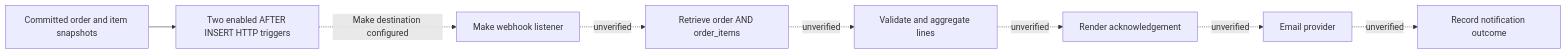
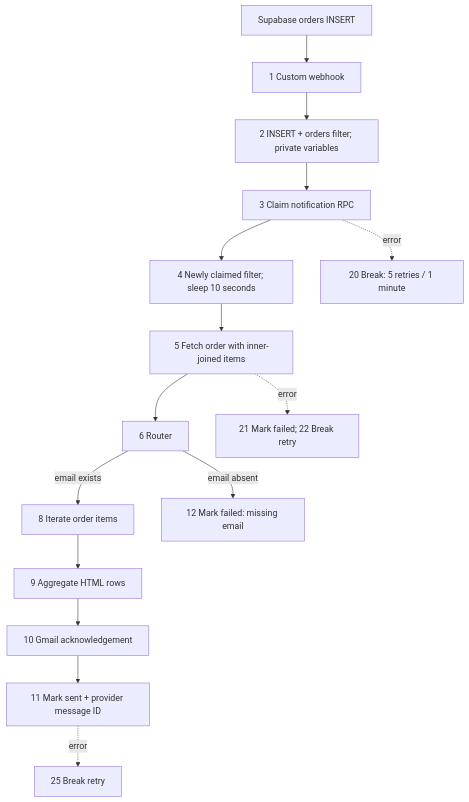
One commit to reedahadedayo-ux/glow-lab changed the diagram in docs/workflows.md. Above: the diagram before and after it, drawn with Mermaid. The commit also changed other lines of this file and 31 other files, not shown here.

````diff
--- a/docs/workflows.md
+++ b/docs/workflows.md
@@ -31,10 +15,17 @@
 ```mermaid
-flowchart LR
-    A[Committed order and item snapshots] --> B[Two enabled AFTER INSERT HTTP triggers]
-    B -. Make destination configured .-> C[Make webhook listener]
-    C -. unverified .-> D[Retrieve order AND order_items]
-    D -. unverified .-> E[Validate and aggregate lines]
-    E -. unverified .-> F[Render acknowledgement]
-    F -. unverified .-> G[Email provider]
-    G -. unverified .-> H[Record notification outcome]
+flowchart TD
+    DB[Supabase orders INSERT] --> H[1 Custom webhook]
+    H --> F[2 INSERT + orders filter; private variables]
+    F --> C[3 Claim notification RPC]
+    C --> D[4 Newly claimed filter; sleep 10 seconds]
+    D --> Q[5 Fetch order with inner-joined items]
+    Q --> R[6 Router]
+    R -->|email exists| I[8 Iterate order items]
+    I --> A[9 Aggregate HTML rows]
+    A --> E[10 Gmail acknowledgement]
+    E --> S[11 Mark sent + provider message ID]
+    R -->|email absent| X[12 Mark failed: missing email]
+    C -. error .-> B[20 Break: 5 retries / 1 minute]
+    Q -. error .-> Y[21 Mark failed; 22 Break retry]
+    S -. error .-> Z[25 Break retry]
 ```
````
